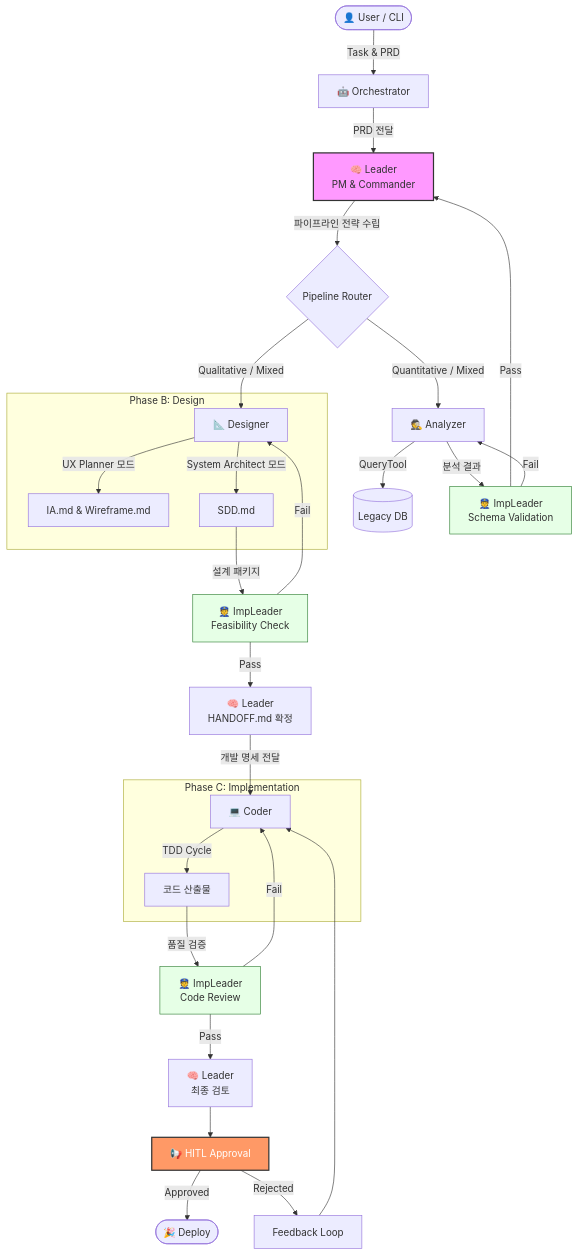
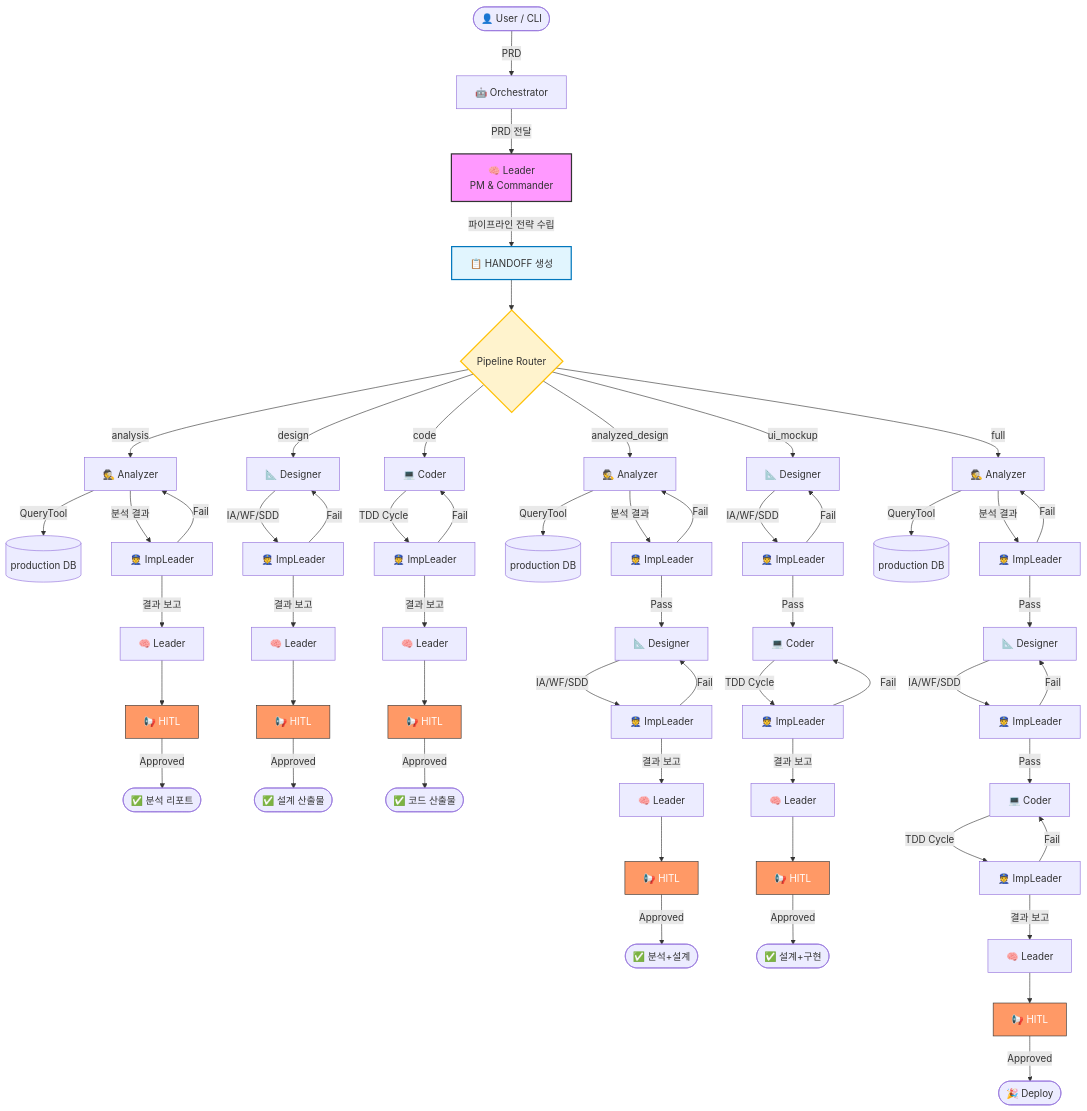
One commit to Jelly1104/orchestrator changed the sixth of 7 diagrams in ATO-System-B/.claude/README.md. Above: the diagram before and after it, drawn with Mermaid. The commit also changed other lines of this file and 50 other files, not shown here.

````diff
--- a/ATO-System-B/.claude/README.md
+++ b/ATO-System-B/.claude/README.md
@@ -687,52 +687,97 @@
 ```mermaid
 graph TD
-    %% 사용자 및 진입점
-    User([👤 User / CLI]) -->|Task & PRD| ORC[🤖 Orchestrator]
+    User([👤 User / CLI]) -->|PRD| ORC[🤖 Orchestrator]
+    ORC -->|PRD 전달| Leader[🧠 Leader<br/>PM & Commander]
+    Leader -->|파이프라인 전략 수립| Handoff[📋 HANDOFF 생성]
+    Handoff --> Router{Pipeline Router}
 
-    %% Phase 0: 라우팅
-    ORC -->|PRD 전달| Leader[🧠 Leader<br/>PM & Commander]
-    Leader -->|파이프라인 전략 수립| Router{Pipeline Router}
+    %% 6개 Router 타입 분기
+    Router -->|"analysis"| ANA_Only[🕵️ Analyzer]
+    Router -->|"design"| DSG_Only[📐 Designer]
+    Router -->|"code"| CODE_Only[💻 Coder]
+    Router -->|"analyzed_design"| ANA_AB[🕵️ Analyzer]
+    Router -->|"ui_mockup"| DSG_BC[📐 Designer]
+    Router -->|"full"| ANA_Full[🕵️ Analyzer]
 
-    %% 1. Analysis Pipeline (Phase A)
-    Router -->|Quantitative / Mixed| ANA[🕵️ Analyzer]
-    ANA -->|QueryTool| DB[(Legacy DB)]
-    ANA -->|분석 결과| IMP_A[👮 ImpLeader<br/>Schema Validation]
-    IMP_A -- Pass --> Leader
-    IMP_A -- Fail --> ANA
+    %% ═══════════════════════════════════════
+    %% analysis (A만)
+    %% ═══════════════════════════════════════
+    ANA_Only -->|QueryTool| DB1[(production DB)]
+    ANA_Only -->|분석 결과| IMP_A1[👮 ImpLeader]
+    IMP_A1 -- 결과 보고 --> Leader_A[🧠 Leader]
+    IMP_A1 -- Fail --> ANA_Only
+    Leader_A --> HITL_A[📢 HITL]
+    HITL_A -->|Approved| End_A([✅ 분석 리포트])
 
-    %% 2. Design Pipeline (Phase B)
-    Router -->|Qualitative / Mixed| DSG[📐 Designer]
+    %% ═══════════════════════════════════════
+    %% design (B만)
+    %% ═══════════════════════════════════════
+    DSG_Only -->|IA/WF/SDD| IMP_B1[👮 ImpLeader]
+    IMP_B1 -- 결과 보고 --> Leader_B[🧠 Leader]
+    IMP_B1 -- Fail --> DSG_Only
+    Leader_B --> HITL_B[📢 HITL]
+    HITL_B -->|Approved| End_B([✅ 설계 산출물])
 
-    subgraph "Phase B: Design"
-        DSG -->|UX Planner 모드| IA_Wire[IA.md & Wireframe.md]
-        DSG -->|System Architect 모드| SDD[SDD.md]
-    end
+    %% ═══════════════════════════════════════
+    %% code (C만)
+    %% ═══════════════════════════════════════
+    CODE_Only -->|TDD Cycle| IMP_C1[👮 ImpLeader]
+    IMP_C1 -- 결과 보고 --> Leader_C[🧠 Leader]
+    IMP_C1 -- Fail --> CODE_Only
+    Leader_C --> HITL_C[📢 HITL]
+    HITL_C -->|Approved| End_C([✅ 코드 산출물])
 
-    SDD -->|설계 패키지| IMP_B[👮 ImpLeader<br/>Feasibility Check]
-    IMP_B -- Pass --> Handoff[🧠 Leader<br/>HANDOFF.md 확정]
-    IMP_B -- Fail --> DSG
+    %% ═══════════════════════════════════════
+    %% analyzed_design (A → B)
+    %% ═══════════════════════════════════════
+    ANA_AB -->|QueryTool| DB2[(production DB)]
+    ANA_AB -->|분석 결과| IMP_A2[👮 ImpLeader]
+    IMP_A2 -- Pass --> DSG_AB[📐 Designer]
+    IMP_A2 -- Fail --> ANA_AB
+    DSG_AB -->|IA/WF/SDD| IMP_B2[👮 ImpLeader]
+    IMP_B2 -- Fail --> DSG_AB
+    IMP_B2 -- 결과 보고 --> Leader_AB[🧠 Leader]
+    Leader_AB --> HITL_AB[📢 HITL]
+    HITL_AB -->|Approved| End_AB([✅ 분석+설계])
 
-    %% 3. Implementation Pipeline (Phase C)
-    Handoff -->|개발 명세 전달| CODE[💻 Coder]
+    %% ═══════════════════════════════════════
+    %% ui_mockup (B → C)
+    %% ═══════════════════════════════════════
+    DSG_BC -->|IA/WF/SDD| IMP_B3[👮 ImpLeader]
+    IMP_B3 -- Pass --> CODE_BC[💻 Coder]
+    IMP_B3 -- Fail --> DSG_BC
+    CODE_BC -->|TDD Cycle| IMP_C3[👮 ImpLeader]
+    IMP_C3 -- 결과 보고 --> Leader_BC[🧠 Leader]
+    IMP_C3 -- Fail --> CODE_BC
+    Leader_BC --> HITL_BC[📢 HITL]
+    HITL_BC -->|Approved| End_BC([✅ 설계+구현])
 
-    subgraph "Phase C: Implementation"
-        CODE -->|TDD Cycle| Artifacts[코드 산출물]
-    end
+    %% ═══════════════════════════════════════
+    %% full (A → B → C)
+    %% ═══════════════════════════════════════
+    ANA_Full -->|QueryTool| DB3[(production DB)]
+    ANA_Full -->|분석 결과|IMP_A3[👮 ImpLeader]
+    IMP_A3 -- Pass --> DSG_Full[📐 Designer]
+    IMP_A3 -- Fail --> ANA_Full
+    DSG_Full -->|IA/WF/SDD| IMP_B4[👮 ImpLeader]
+    IMP_B4 -- Pass --> CODE_Full[💻 Coder]
+    IMP_B4 -- Fail --> DSG_Full
+    CODE_Full -->|TDD Cycle| IMP_C4[👮 ImpLeader]
+    IMP_C4 -- 결과 보고 --> Leader_Full[🧠 Leader]
+    IMP_C4 -- Fail --> CODE_Full
+    Leader_Full --> HITL_Full[📢 HITL]
+    HITL_Full -->|Approved| End_Full([🎉 Deploy])
 
-    Artifacts -->|품질 검증| IMP_C[👮 ImpLeader<br/>Code Review]
-    IMP_C -- Pass --> Leader_Final[🧠 Leader<br/>최종 검토]
-    IMP_C -- Fail --> CODE
-
-    %% 4. HITL & Deploy
-    Leader_Final --> HITL[📢 HITL Approval]
-    HITL -->|Approved| End([🎉 Deploy])
-    HITL -->|Rejected| Feedback[Feedback Loop]
-    Feedback --> CODE
-
+    %% ═══════════════════════════════════════
     %% Styles
+    %% ═══════════════════════════════════════
     style Leader fill:#f9f,stroke:#333,stroke-width:2px
-    style IMP_A fill:#e6ffe6,stroke:#2e7d32
-    style IMP_B fill:#e6ffe6,stroke:#2e7d32
-    style IMP_C fill:#e6ffe6,stroke:#2e7d32
-    style HITL fill:#f96,stroke:#333,stroke-width:2px,color:white
+    style Handoff fill:#e1f5fe,stroke:#0277bd,stroke-width:2px
+    style Router fill:#fff3cd,stroke:#ffc107,stroke-width:2px
+    style HITL_A fill:#f96,stroke:#333,color:white
+    style HITL_B fill:#f96,stroke:#333,color:white
+    style HITL_C fill:#f96,stroke:#333,color:white
+    style HITL_AB fill:#f96,stroke:#333,color:white
+    style HITL_BC fill:#f96,stroke:#333,color:white
+    style HITL_Full fill:#f96,stroke:#333,color:white
 ```
````
